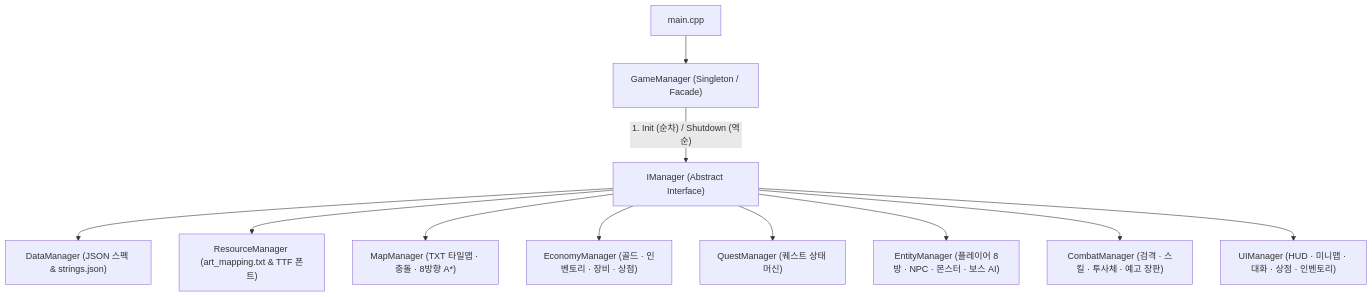
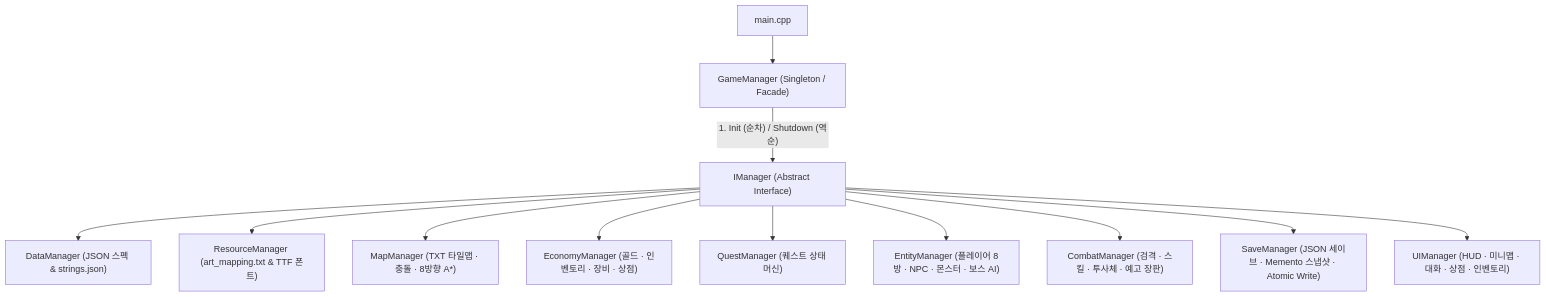
One commit to Leehague/FromAIOnlyclientLLMGameProj changed the diagram in README.md. Above: the diagram before and after it, drawn with Mermaid. The commit also changed other lines of this file and 16 other files, not shown here.

Commit message:
Feat: implement SaveManager (IManager) with JSON Memento/Snapshot save/load and atomic writes

````diff
--- a/README.md
+++ b/README.md
@@ -42,13 +42,14 @@
 ```mermaid
 flowchart TD
     Main["main.cpp"] --> GM["GameManager (Singleton / Facade)"]
     GM -->|"1. Init (순차) / Shutdown (역순)"| IM["IManager (Abstract Interface)"]
     IM --> DM["DataManager (JSON 스펙 & strings.json)"]
     IM --> RM["ResourceManager (art_mapping.txt & TTF 폰트)"]
     IM --> MM["MapManager (TXT 타일맵 · 충돌 · 8방향 A*)"]
     IM --> EcoM["EconomyManager (골드 · 인벤토리 · 장비 · 상점)"]
     IM --> QM["QuestManager (퀘스트 상태 머신)"]
     IM --> EM["EntityManager (플레이어 8방 · NPC · 몬스터 · 보스 AI)"]
     IM --> CM["CombatManager (검격 · 스킬 · 투사체 · 예고 장판)"]
+    IM --> SM["SaveManager (JSON 세이브 · Memento 스냅샷 · Atomic Write)"]
     IM --> UIM["UIManager (HUD · 미니맵 · 대화 · 상점 · 인벤토리)"]
 ```
````
